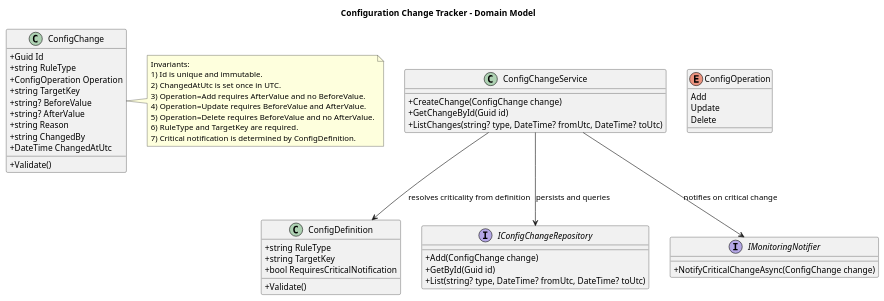
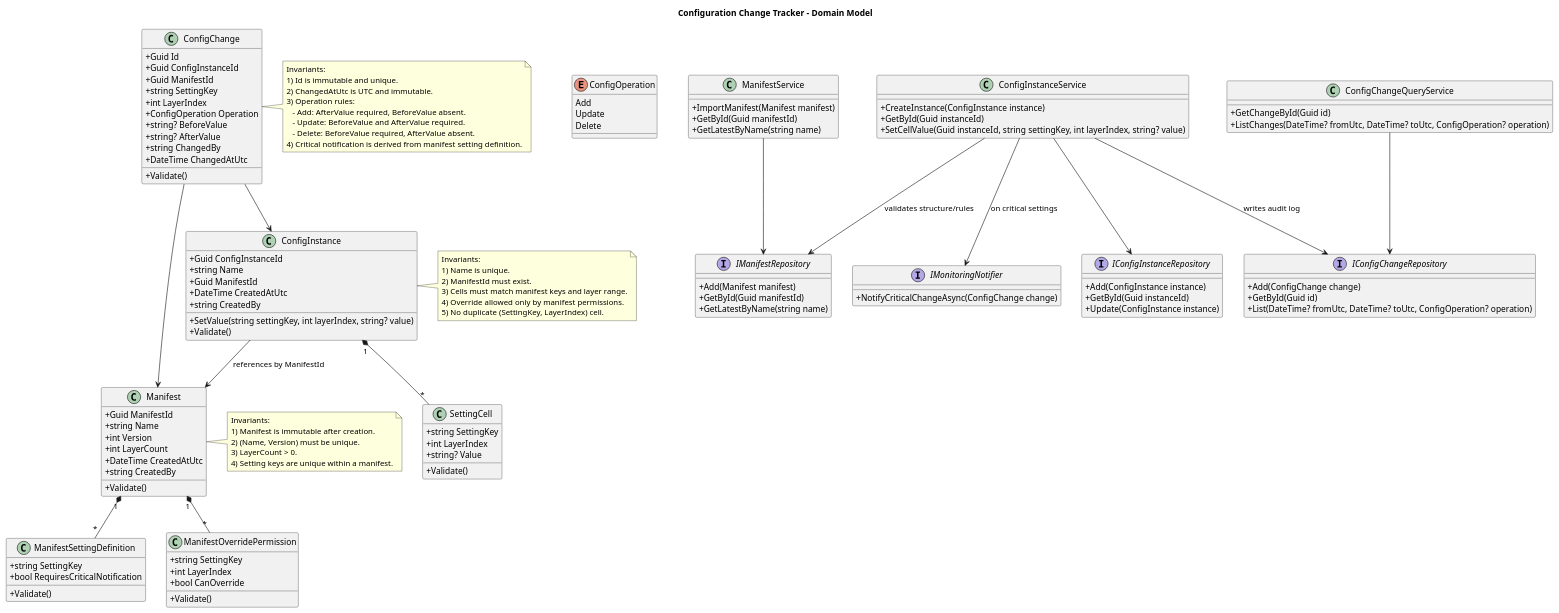
The diagram in domain_model.puml (VladPetrov/SettingsRegister), drawn with PlantUML before and after one commit. The commit also changed 2 other files, not shown here.

```diff
--- a/domain_model.puml
+++ b/domain_model.puml
@@ -1,63 +1,147 @@
 @startuml
 title Configuration Change Tracker - Domain Model
 
 skinparam classAttributeIconSize 0
 
-class ConfigChange {
-  +Guid Id
-  +string RuleType
-  +ConfigOperation Operation
-  +string TargetKey
-  +string? BeforeValue
-  +string? AfterValue
-  +string Reason
-  +string ChangedBy
-  +DateTime ChangedAtUtc
+class Manifest {
+  +Guid ManifestId
+  +string Name
+  +int Version
+  +int LayerCount
+  +DateTime CreatedAtUtc
+  +string CreatedBy
   +Validate()
 }
 
-class ConfigDefinition {
-  +string RuleType
-  +string TargetKey
+class ManifestSettingDefinition {
+  +string SettingKey
   +bool RequiresCriticalNotification
+  +Validate()
+}
+
+class ManifestOverridePermission {
+  +string SettingKey
+  +int LayerIndex
+  +bool CanOverride
+  +Validate()
+}
+
+class ConfigInstance {
+  +Guid ConfigInstanceId
+  +string Name
+  +Guid ManifestId
+  +DateTime CreatedAtUtc
+  +string CreatedBy
+  +SetValue(string settingKey, int layerIndex, string? value)
+  +Validate()
+}
+
+class SettingCell {
+  +string SettingKey
+  +int LayerIndex
+  +string? Value
+  +Validate()
+}
+
+class ConfigChange {
+  +Guid Id
+  +Guid ConfigInstanceId
+  +Guid ManifestId
+  +string SettingKey
+  +int LayerIndex
+  +ConfigOperation Operation
+  +string? BeforeValue
+  +string? AfterValue
+  +string ChangedBy
+  +DateTime ChangedAtUtc
   +Validate()
 }
 
 enum ConfigOperation {
   Add
   Update
   Delete
 }
 
-class ConfigChangeService {
-  +CreateChange(ConfigChange change)
+class ManifestService {
+  +ImportManifest(Manifest manifest)
+  +GetById(Guid manifestId)
+  +GetLatestByName(string name)
+}
+
+class ConfigInstanceService {
+  +CreateInstance(ConfigInstance instance)
+  +GetById(Guid instanceId)
+  +SetCellValue(Guid instanceId, string settingKey, int layerIndex, string? value)
+}
+
+class ConfigChangeQueryService {
   +GetChangeById(Guid id)
-  +ListChanges(string? type, DateTime? fromUtc, DateTime? toUtc)
+  +ListChanges(DateTime? fromUtc, DateTime? toUtc, ConfigOperation? operation)
+}
+
+interface IManifestRepository {
+  +Add(Manifest manifest)
+  +GetById(Guid manifestId)
+  +GetLatestByName(string name)
+}
+
+interface IConfigInstanceRepository {
+  +Add(ConfigInstance instance)
+  +GetById(Guid instanceId)
+  +Update(ConfigInstance instance)
 }
 
 interface IConfigChangeRepository {
   +Add(ConfigChange change)
   +GetById(Guid id)
-  +List(string? type, DateTime? fromUtc, DateTime? toUtc)
+  +List(DateTime? fromUtc, DateTime? toUtc, ConfigOperation? operation)
 }
 
 interface IMonitoringNotifier {
   +NotifyCriticalChangeAsync(ConfigChange change)
 }
 
-ConfigChangeService --> IConfigChangeRepository : persists and queries
-ConfigChangeService --> IMonitoringNotifier : notifies on critical change
-ConfigChangeService --> ConfigDefinition : resolves criticality from definition
+Manifest "1" *-- "*" ManifestSettingDefinition
+Manifest "1" *-- "*" ManifestOverridePermission
+ConfigInstance "1" *-- "*" SettingCell
+ConfigInstance --> Manifest : references by ManifestId
+ConfigChange --> ConfigInstance
+ConfigChange --> Manifest
+
+ManifestService --> IManifestRepository
+ConfigInstanceService --> IManifestRepository : validates structure/rules
+ConfigInstanceService --> IConfigInstanceRepository
+ConfigInstanceService --> IConfigChangeRepository : writes audit log
+ConfigInstanceService --> IMonitoringNotifier : on critical settings
+ConfigChangeQueryService --> IConfigChangeRepository
+
+note right of Manifest
+Invariants:
+1) Manifest is immutable after creation.
+2) (Name, Version) must be unique.
+3) LayerCount > 0.
+4) Setting keys are unique within a manifest.
+end note
+
+note right of ConfigInstance
+Invariants:
+1) Name is unique.
+2) ManifestId must exist.
+3) Cells must match manifest keys and layer range.
+4) Override allowed only by manifest permissions.
+5) No duplicate (SettingKey, LayerIndex) cell.
+end note
 
 note right of ConfigChange
 Invariants:
-1) Id is unique and immutable.
-2) ChangedAtUtc is set once in UTC.
-3) Operation=Add requires AfterValue and no BeforeValue.
-4) Operation=Update requires BeforeValue and AfterValue.
-5) Operation=Delete requires BeforeValue and no AfterValue.
-6) RuleType and TargetKey are required.
-7) Critical notification is determined by ConfigDefinition.
+1) Id is immutable and unique.
+2) ChangedAtUtc is UTC and immutable.
+3) Operation rules:
+   - Add: AfterValue required, BeforeValue absent.
+   - Update: BeforeValue and AfterValue required.
+   - Delete: BeforeValue required, AfterValue absent.
+4) Critical notification is derived from manifest setting definition.
 end note
 
 @enduml
```
